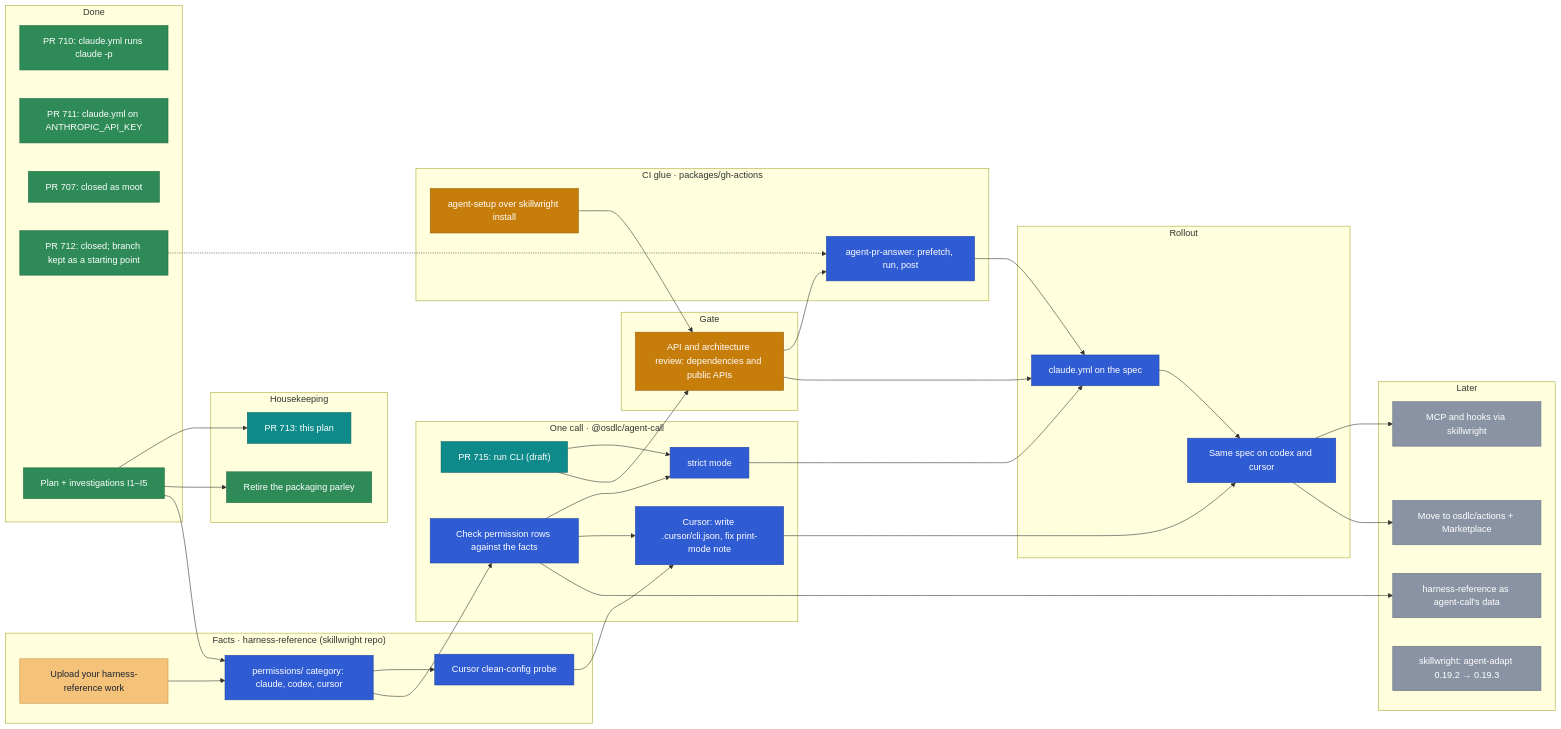
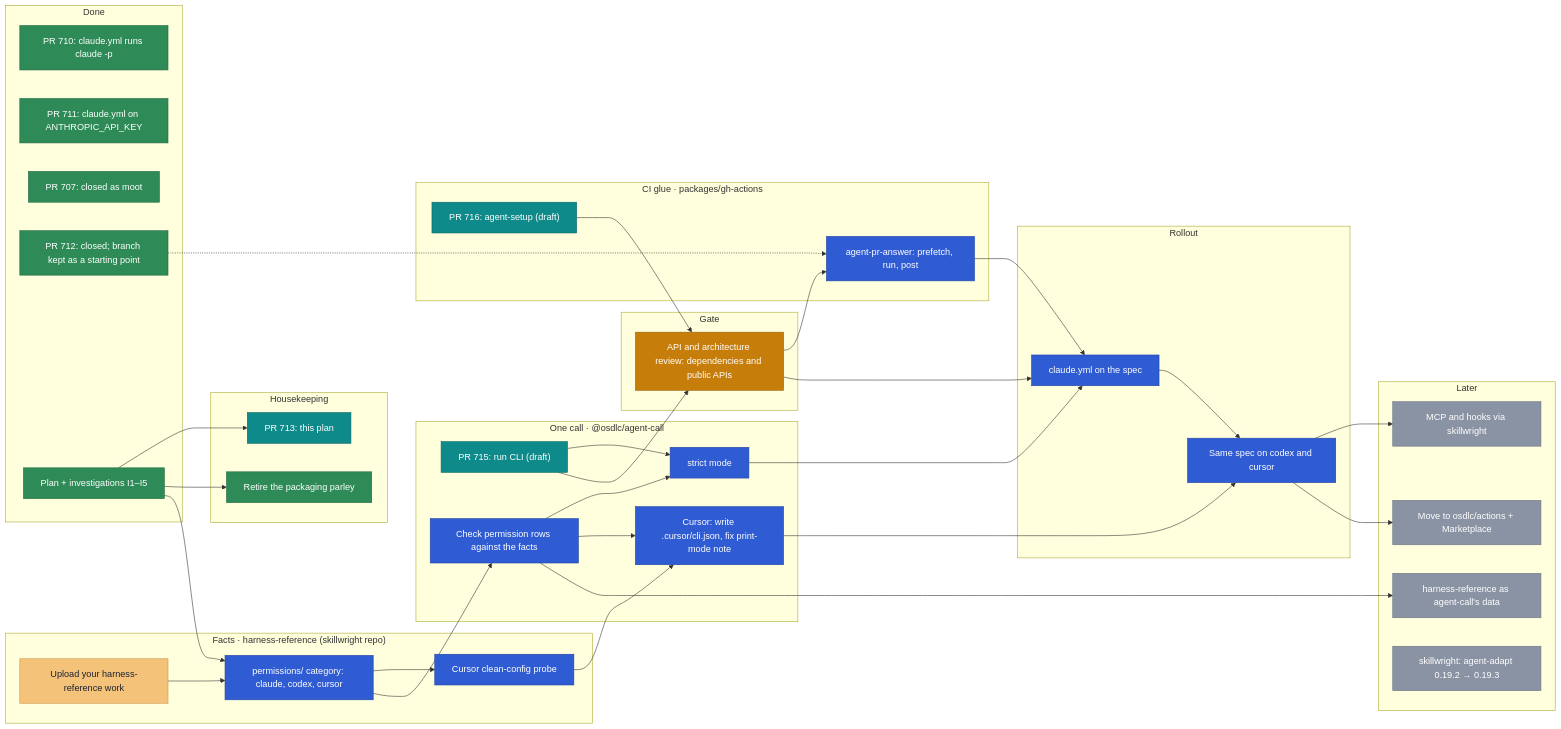
Before and after one commit to osdlc/osdlc: the diagram in docs/planning/agent-ci.md, drawn with Mermaid. The commit also changed other lines of this file, not shown here.

Commit message:
docs(planning): record PR 716 and its review questions

````diff
--- a/docs/planning/agent-ci.md
+++ b/docs/planning/agent-ci.md
@@ -39,82 +39,82 @@
 ```mermaid
 flowchart LR
   subgraph done["Done"]
     W710["PR 710: claude.yml runs claude -p"]
     P711["PR 711: claude.yml on ANTHROPIC_API_KEY"]
     P707["PR 707: closed as moot"]
     P712["PR 712: closed; branch kept as a starting point"]
     PLAN["Plan + investigations I1–I5"]
   end
   subgraph house["Housekeeping"]
     PLANPR["PR 713: this plan"]
     PARLEY["Retire the packaging parley"]
   end
   subgraph facts["Facts · harness-reference (skillwright repo)"]
     UP["Upload your harness-reference work"]
     PERM["permissions/ category: claude, codex, cursor"]
     PROBE["Cursor clean-config probe"]
   end
   subgraph call["One call · @osdlc/agent-call"]
     RUN["PR 715: run CLI (draft)"]
     CHECK["Check permission rows against the facts"]
     STRICT["strict mode"]
     CUR["Cursor: write .cursor/cli.json, fix print-mode note"]
   end
   subgraph gate["Gate"]
     ARCH["API and architecture review: dependencies and public APIs"]
   end
   subgraph acts["CI glue · packages/gh-actions"]
-    SETUP["agent-setup over skillwright install"]
+    SETUP["PR 716: agent-setup (draft)"]
     ANS["agent-pr-answer: prefetch, run, post"]
   end
   subgraph roll["Rollout"]
     SPEC["claude.yml on the spec"]
     MULTI["Same spec on codex and cursor"]
   end
   subgraph later["Later"]
     MCP["MCP and hooks via skillwright"]
     PUB["Move to osdlc/actions + Marketplace"]
     DATA["harness-reference as agent-call's data"]
     PIN["skillwright: agent-adapt 0.19.2 → 0.19.3"]
   end
 
   PLAN --> PLANPR
   PLAN --> PARLEY
   UP --> PERM
   PLAN --> PERM
   PERM --> PROBE
   PERM --> CHECK
   CHECK --> STRICT
   RUN --> STRICT
   PROBE --> CUR
   CHECK --> CUR
   P712 -.-> ANS
   RUN --> ARCH
   SETUP --> ARCH
   ARCH --> ANS
   ARCH --> SPEC
   ANS --> SPEC
   STRICT --> SPEC
   SPEC --> MULTI
   CUR --> MULTI
   MULTI --> MCP
   MULTI --> PUB
   CHECK --> DATA
 
   classDef done fill:#2e8b57,stroke:#1f6640,color:#ffffff
   classDef review fill:#0f8a8a,stroke:#0a6666,color:#ffffff
   classDef ready fill:#7a4fc2,stroke:#5a3596,color:#ffffff
   classDef blocked fill:#c0392b,stroke:#8e2a20,color:#ffffff
   classDef external fill:#e88fb4,stroke:#b8628a,color:#1b2230
   classDef active fill:#c77d0a,stroke:#94600a,color:#ffffff
   classDef yours fill:#f5c27a,stroke:#c99545,color:#1b2230
   classDef next fill:#2f5bd3,stroke:#2144a3,color:#ffffff
   classDef later fill:#8a93a3,stroke:#6b7384,color:#ffffff
   class W710,P711,P707,P712,PLAN,PARLEY done
   class UP yours
   class PLANPR review
-  class SETUP,ARCH active
-  class RUN review
+  class ARCH active
+  class RUN,SETUP review
   class PERM,PROBE,CHECK,STRICT,CUR,ANS,SPEC,MULTI next
   class MCP,PUB,DATA,PIN later
 ```
````
